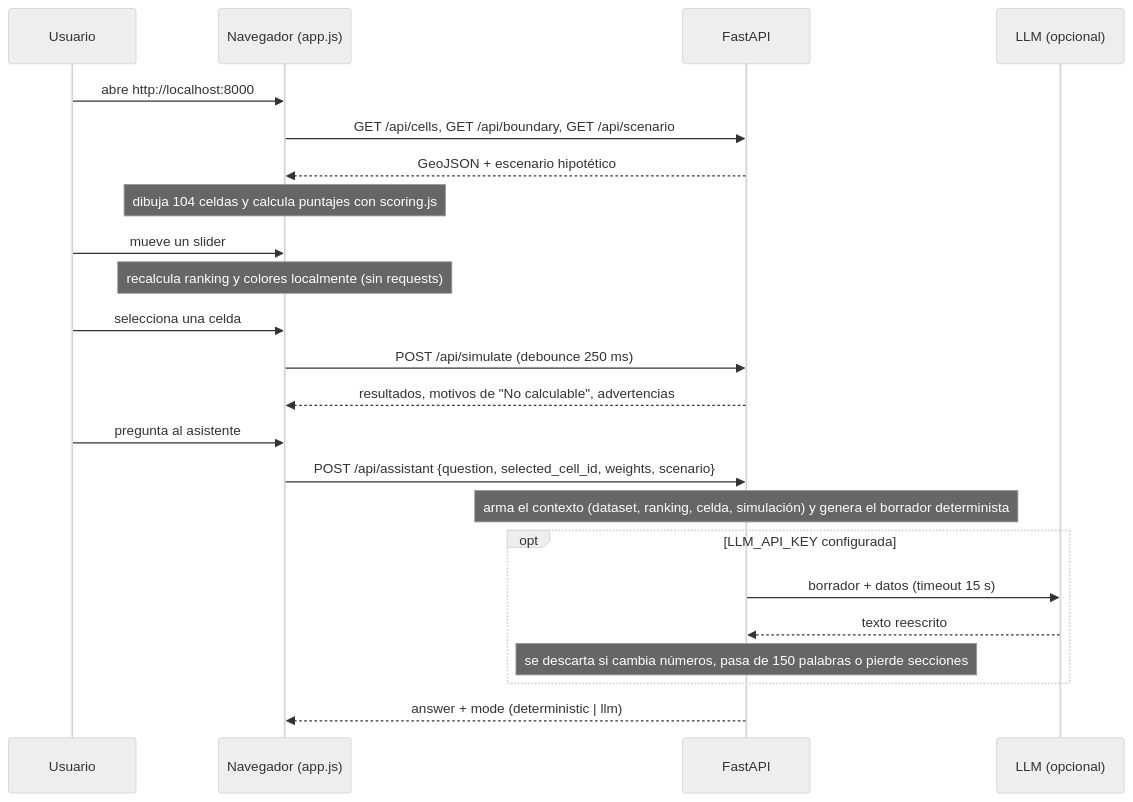
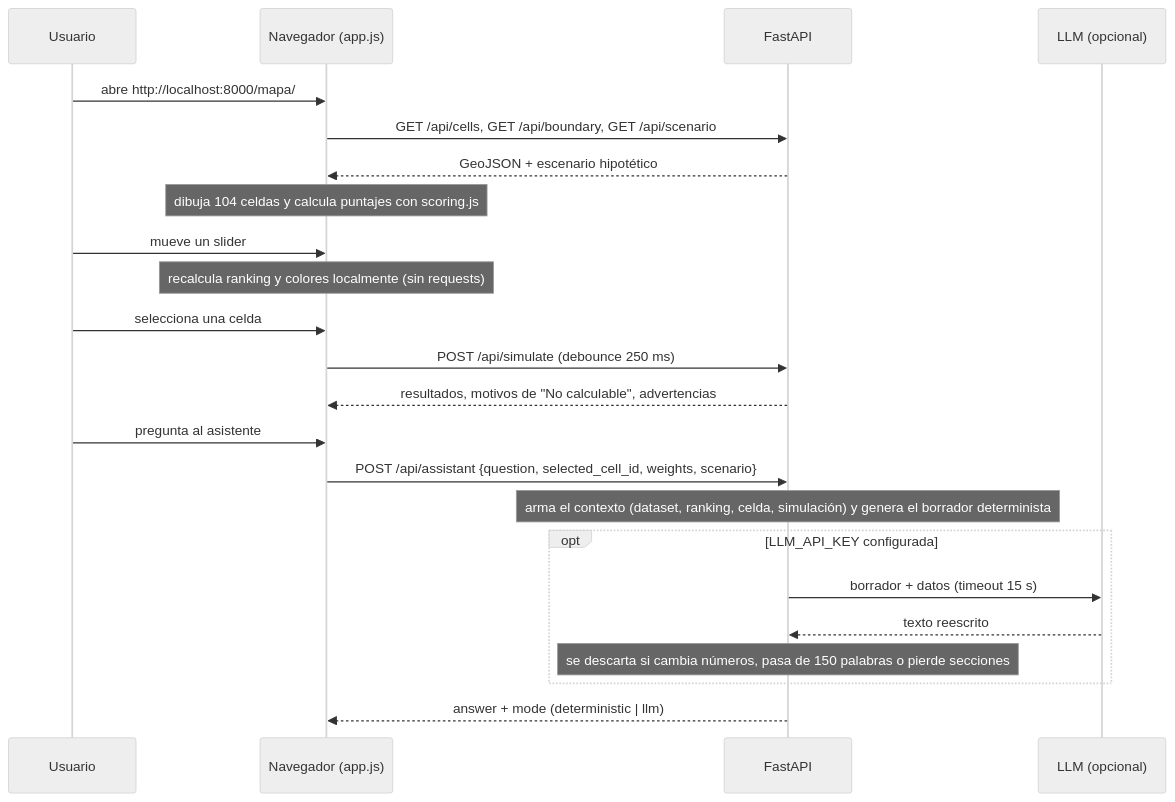
One commit to Esteban015/intimap-jujuy changed the second of 2 diagrams in docs/ARCHITECTURE.md. Above: the diagram before and after it, drawn with Mermaid (neutral theme). The commit also changed other lines of this file and 32 other files, not shown here.

````diff
--- a/docs/ARCHITECTURE.md
+++ b/docs/ARCHITECTURE.md
@@ -116,26 +118,26 @@
 ```mermaid
 sequenceDiagram
   participant U as Usuario
   participant B as Navegador (app.js)
   participant A as FastAPI
   participant L as LLM (opcional)
 
-  U->>B: abre http://localhost:8000
+  U->>B: abre http://localhost:8000/mapa/
   B->>A: GET /api/cells, GET /api/boundary, GET /api/scenario
   A-->>B: GeoJSON + escenario hipotético
   Note over B: dibuja 104 celdas y calcula puntajes con scoring.js
   U->>B: mueve un slider
   Note over B: recalcula ranking y colores localmente (sin requests)
   U->>B: selecciona una celda
   B->>A: POST /api/simulate (debounce 250 ms)
   A-->>B: resultados, motivos de "No calculable", advertencias
   U->>B: pregunta al asistente
   B->>A: POST /api/assistant {question, selected_cell_id, weights, scenario}
   Note over A: arma el contexto (dataset, ranking, celda, simulación) y genera el borrador determinista
   opt LLM_API_KEY configurada
     A->>L: borrador + datos (timeout 15 s)
     L-->>A: texto reescrito
     Note over A: se descarta si cambia números, pasa de 150 palabras o pierde secciones
   end
   A-->>B: answer + mode (deterministic | llm)
 ```
````
